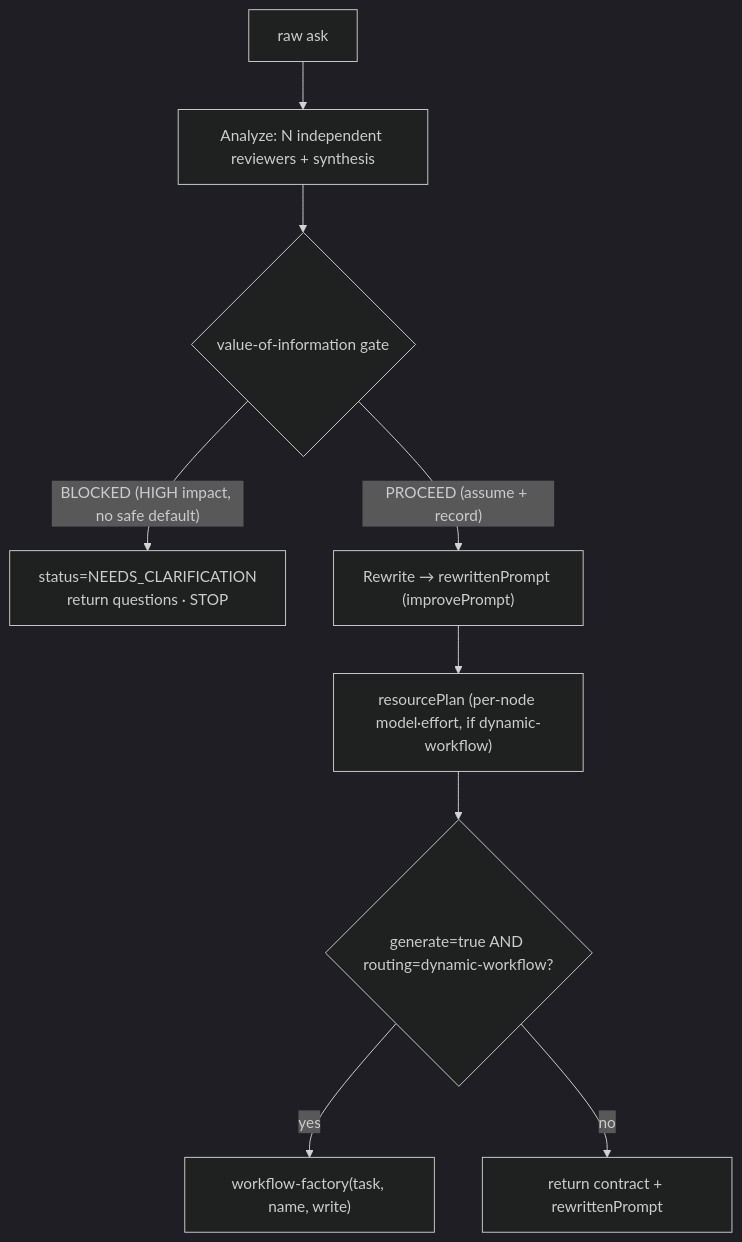
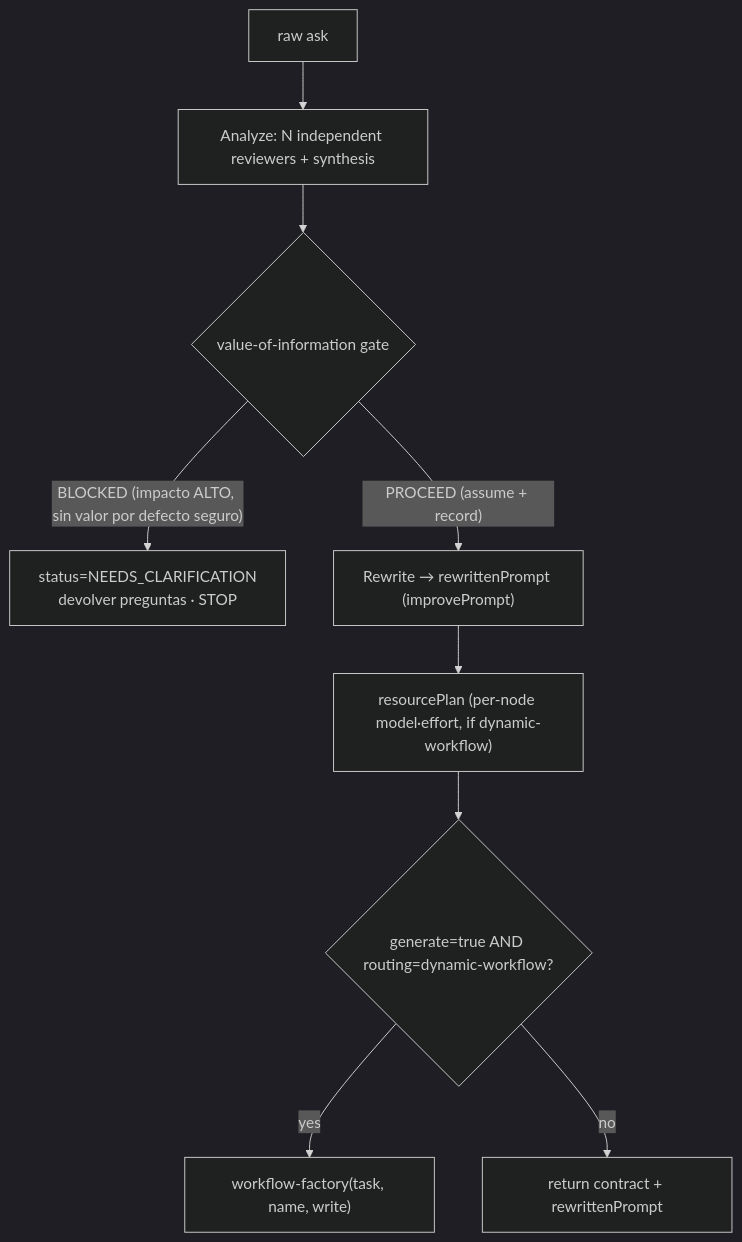
One commit to andrestobelem/pandi-extensions changed the third of 5 diagrams in .claude/skills/ultracode/reference/claude-workflows/README.md. Above: the diagram before and after it, drawn with Mermaid (dark theme). The commit also changed other lines of this file and 144 other files, not shown here.

````diff
--- a/.claude/skills/ultracode/reference/claude-workflows/README.md
+++ b/.claude/skills/ultracode/reference/claude-workflows/README.md
@@ -156,11 +148,11 @@
 ```mermaid
 flowchart TD
   RAW["raw ask"] --> AN["Analyze: N independent reviewers + synthesis"]
   AN --> GATE{"value-of-information gate"}
-  GATE -- "BLOCKED (HIGH impact, no safe default)" --> Q["status=NEEDS_CLARIFICATION\nreturn questions · STOP"]
+  GATE -- "BLOCKED (impacto ALTO, sin valor por defecto seguro)" --> Q["status=NEEDS_CLARIFICATION\ndevolver preguntas · STOP"]
   GATE -- "PROCEED (assume + record)" --> RW["Rewrite → rewrittenPrompt (improvePrompt)"]
   RW --> RP["resourcePlan (per-node model·effort, if dynamic-workflow)"]
   RP --> HO{"generate=true AND routing=dynamic-workflow?"}
   HO -- yes --> WF["workflow-factory(task, name, write)"]
   HO -- no --> OUT["return contract + rewrittenPrompt"]
 ```
````
